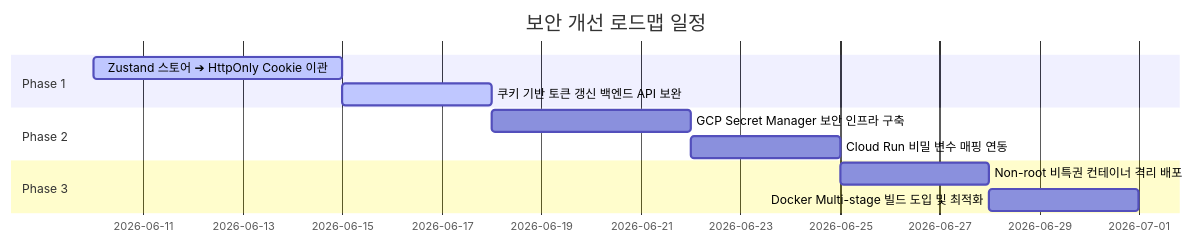
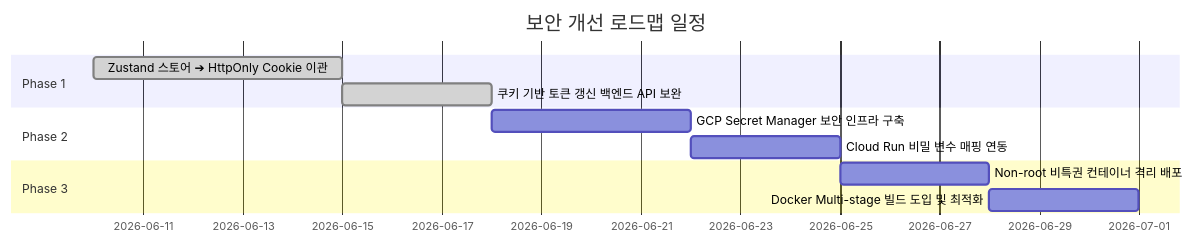
One commit to Bonggoo/Vision_RAG changed the diagram in doc/security_roadmap.md. Above: the diagram before and after it, drawn with Mermaid. The commit also changed other lines of this file and 4 other files, not shown here.

````diff
--- a/doc/security_roadmap.md
+++ b/doc/security_roadmap.md
@@ -11,14 +33,14 @@
 ```mermaid
 gantt
     title 보안 개선 로드맵 일정
     dateFormat  YYYY-MM-DD
     section Phase 1
-    Zustand 스토어 ➔ HttpOnly Cookie 이관      :active, p1, 2026-06-10, 5d
-    쿠키 기반 토큰 갱신 백엔드 API 보완          :active, p2, after p1, 3d
+    Zustand 스토어 ➔ HttpOnly Cookie 이관      :done, p1, 2026-06-10, 5d
+    쿠키 기반 토큰 갱신 백엔드 API 보완          :done, p2, after p1, 3d
     section Phase 2
     GCP Secret Manager 보안 인프라 구축       :p3, 2026-06-18, 4d
     Cloud Run 비밀 변수 매핑 연동             :p4, after p3, 3d
     section Phase 3
     Non-root 비특권 컨테이너 격리 배포         :p5, 2026-06-25, 3d
     Docker Multi-stage 빌드 도입 및 최적화     :p6, after p5, 3d
 ```
````
